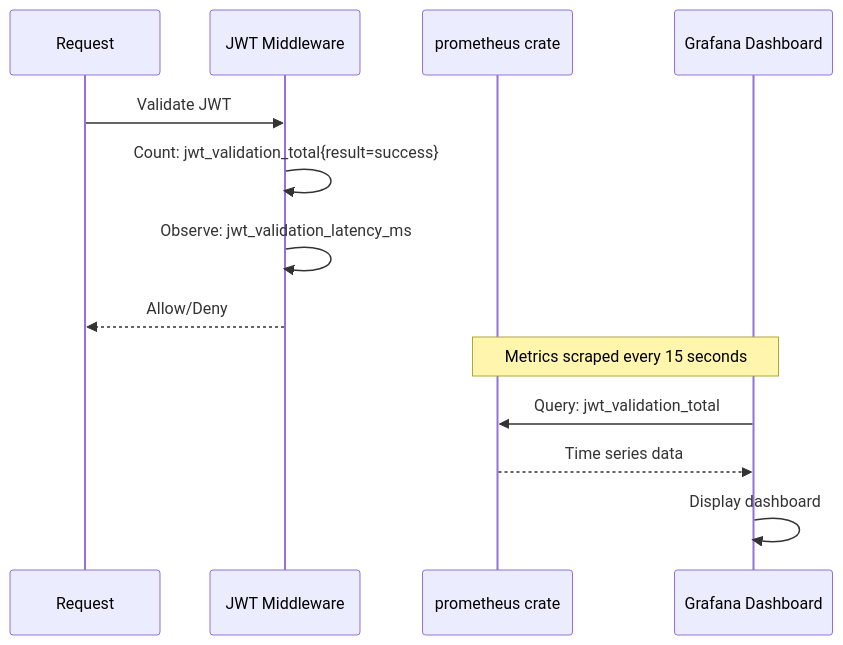
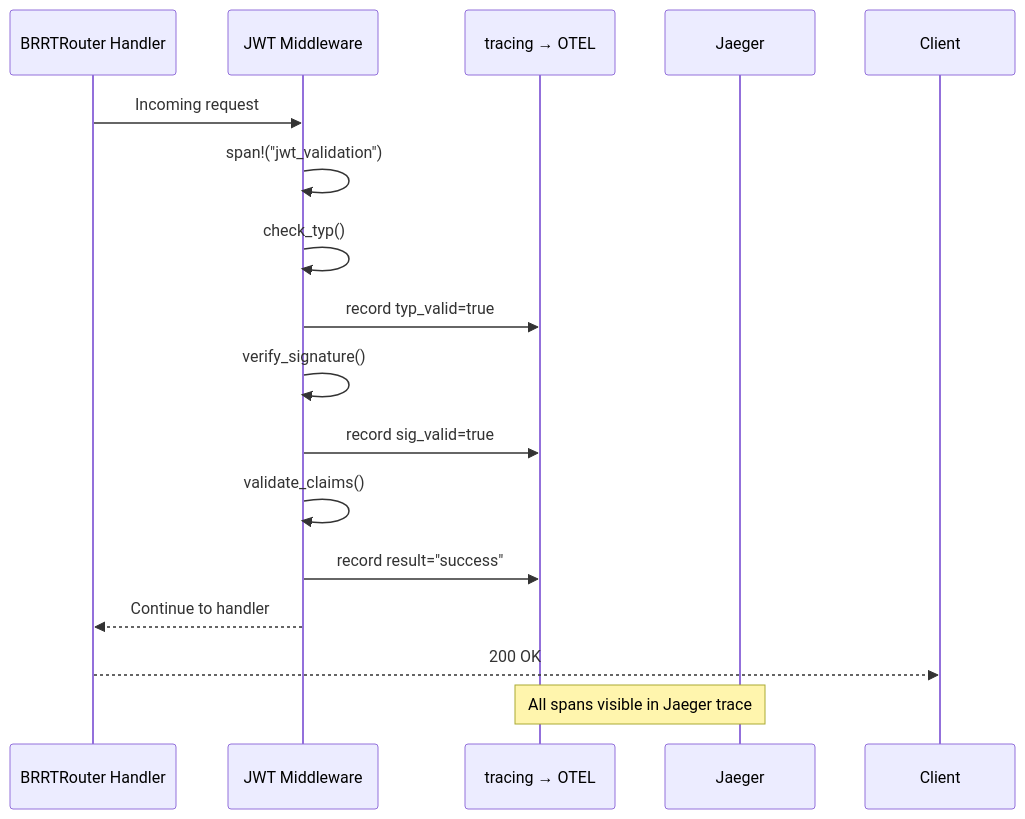
One commit to microscaler/sesame-idam changed the first of 2 diagrams in docs/Epics/09-observability/stories/story-9.1.md. Above: the diagram before and after it, drawn with Mermaid. The commit also changed other lines of this file and 2 other files, not shown here.

Commit message:
docs(observability): rewrite Epic 9 to OTEL spans — no snowflake Prometheus counters, follow hauliage BRRTRouter pattern

````diff
--- a/docs/Epics/09-observability/stories/story-9.1.md
+++ b/docs/Epics/09-observability/stories/story-9.1.md
@@ -88,17 +122,20 @@
 ```mermaid
 sequenceDiagram
-    participant Request
-    participant Middleware as JWT Middleware
-    participant Prometheus as prometheus crate
-    participant Grafana as Grafana Dashboard
+    participant HTTP as BRRTRouter Handler
+    participant JWT as JWT Middleware
+    participant OTEL as tracing → OTEL
+    participant Jaeger
 
-    Request->>Middleware: Validate JWT
-    Middleware->>Middleware: Count: jwt_validation_total{result=success}
-    Middleware->>Middleware: Observe: jwt_validation_latency_ms
-    Middleware-->>Request: Allow/Deny
+    HTTP->>JWT: Incoming request
+    JWT->>JWT: span!("jwt_validation")
+    JWT->>JWT: check_typ()
+    JWT->>OTEL: record typ_valid=true
+    JWT->>JWT: verify_signature()
+    JWT->>OTEL: record sig_valid=true
+    JWT->>JWT: validate_claims()
+    JWT->>OTEL: record result="success"
+    JWT-->>HTTP: Continue to handler
+    HTTP-->>Client: 200 OK
     
-    Note over Prometheus,Grafana: Metrics scraped every 15 seconds
-    Grafana->>Prometheus: Query: jwt_validation_total
-    Prometheus-->>Grafana: Time series data
-    Grafana->>Grafana: Display dashboard
+    Note over OTEL,Jaeger: All spans visible in Jaeger trace
 ```
````
